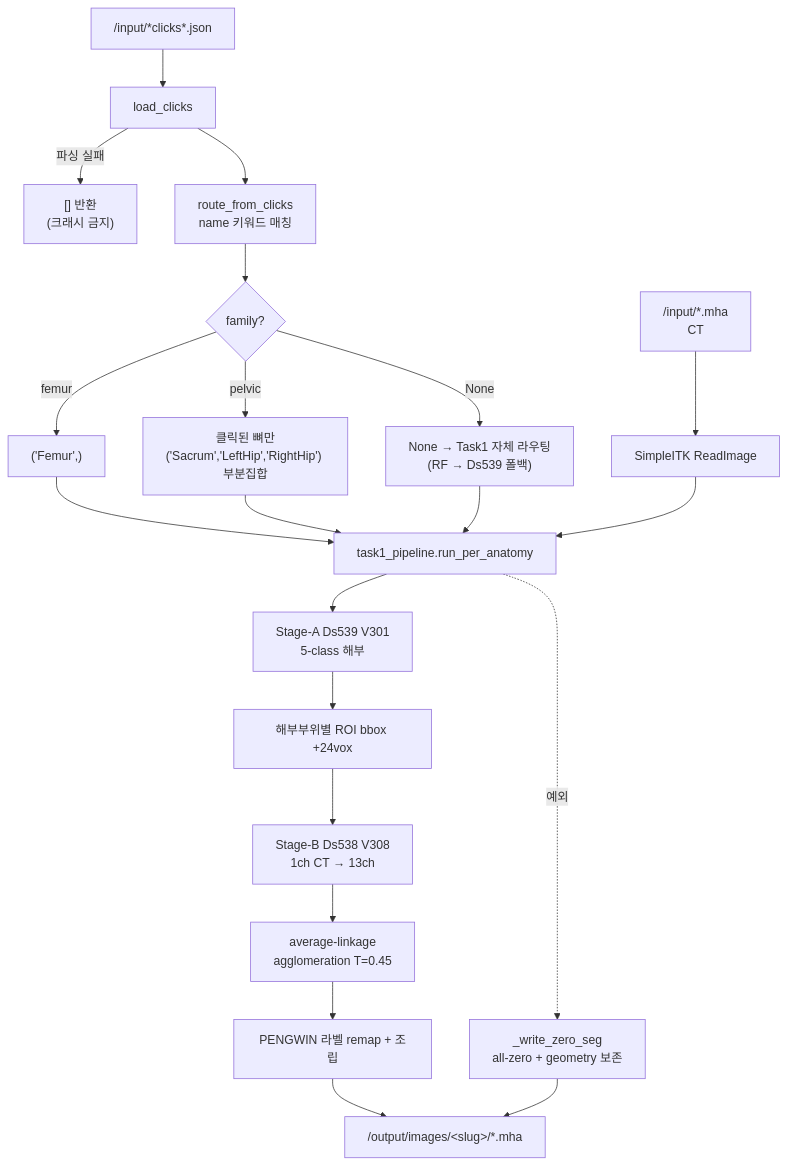
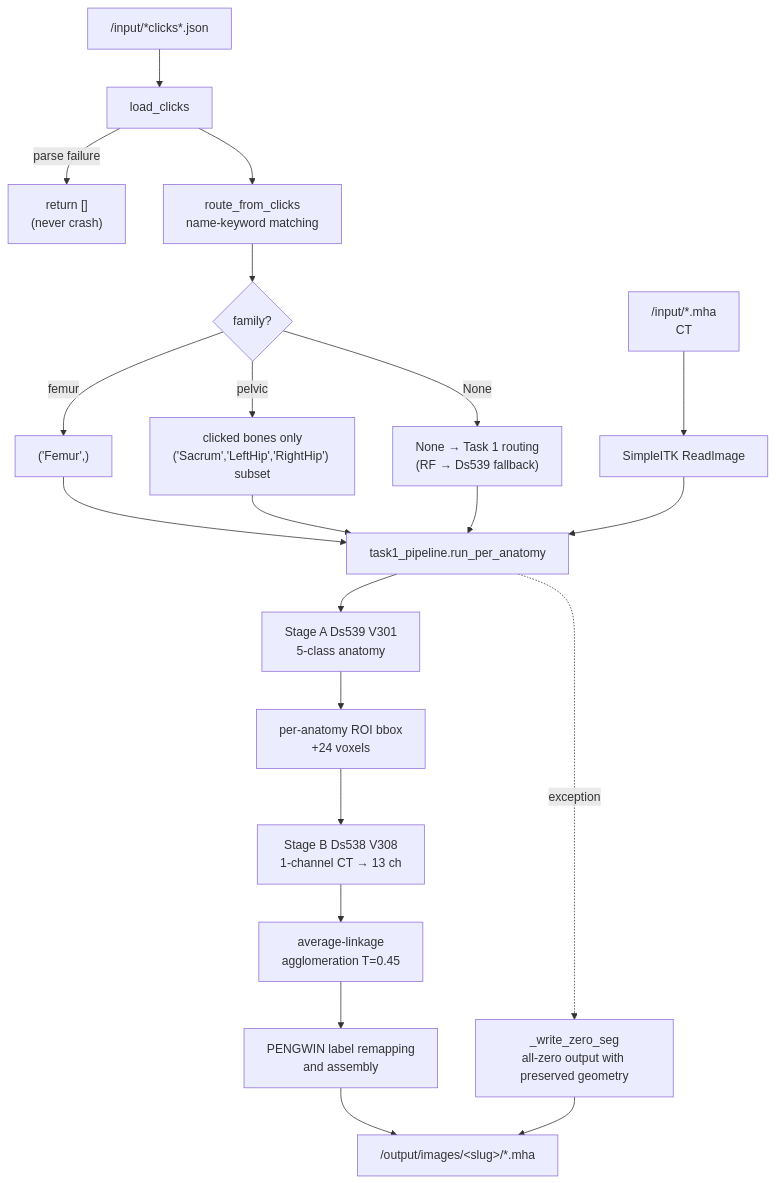
One commit to harp3133t/pengwin2026-task2-interact changed the diagram in README.md. Above: the diagram before and after it, drawn with Mermaid. The commit also changed other lines of this file, not shown here.

````diff
--- a/README.md
+++ b/README.md
@@ -169,23 +189,23 @@
 ```mermaid
 flowchart TD
     A["/input/*.mha<br/>CT"] --> B[SimpleITK ReadImage]
     C["/input/*clicks*.json"] --> D[load_clicks]
-    D -->|파싱 실패| D0["[] 반환<br/>(크래시 금지)"]
-    D --> E[route_from_clicks<br/>name 키워드 매칭]
+    D -->|parse failure| D0["return []<br/>(never crash)"]
+    D --> E["route_from_clicks<br/>name-keyword matching"]
     E --> F{family?}
     F -->|femur| G1["('Femur',)"]
-    F -->|pelvic| G2["클릭된 뼈만<br/>('Sacrum','LeftHip','RightHip') 부분집합"]
-    F -->|None| G3["None → Task1 자체 라우팅<br/>(RF → Ds539 폴백)"]
+    F -->|pelvic| G2["clicked bones only<br/>('Sacrum','LeftHip','RightHip') subset"]
+    F -->|None| G3["None → Task 1 routing<br/>(RF → Ds539 fallback)"]
     G1 --> H
     G2 --> H
     G3 --> H
     B --> H[task1_pipeline.run_per_anatomy]
-    H --> I[Stage-A Ds539 V301<br/>5-class 해부]
-    I --> J[해부부위별 ROI bbox +24vox]
-    J --> K[Stage-B Ds538 V308<br/>1ch CT → 13ch]
-    K --> L[average-linkage<br/>agglomeration T=0.45]
-    L --> M[PENGWIN 라벨 remap + 조립]
+    H --> I["Stage A Ds539 V301<br/>5-class anatomy"]
+    I --> J["per-anatomy ROI bbox<br/>+24 voxels"]
+    J --> K["Stage B Ds538 V308<br/>1-channel CT → 13 ch"]
+    K --> L["average-linkage<br/>agglomeration T=0.45"]
+    L --> M["PENGWIN label remapping<br/>and assembly"]
     M --> N["/output/images/&lt;slug&gt;/*.mha"]
-    H -.예외.-> Z[_write_zero_seg<br/>all-zero + geometry 보존]
+    H -.exception.-> Z["_write_zero_seg<br/>all-zero output with preserved geometry"]
     Z --> N
 ```
````
